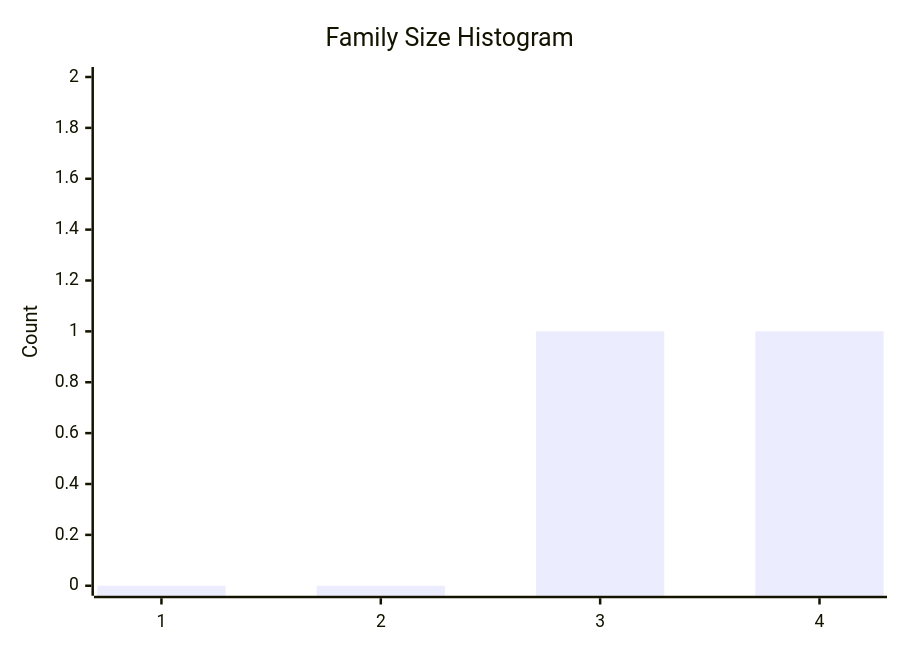
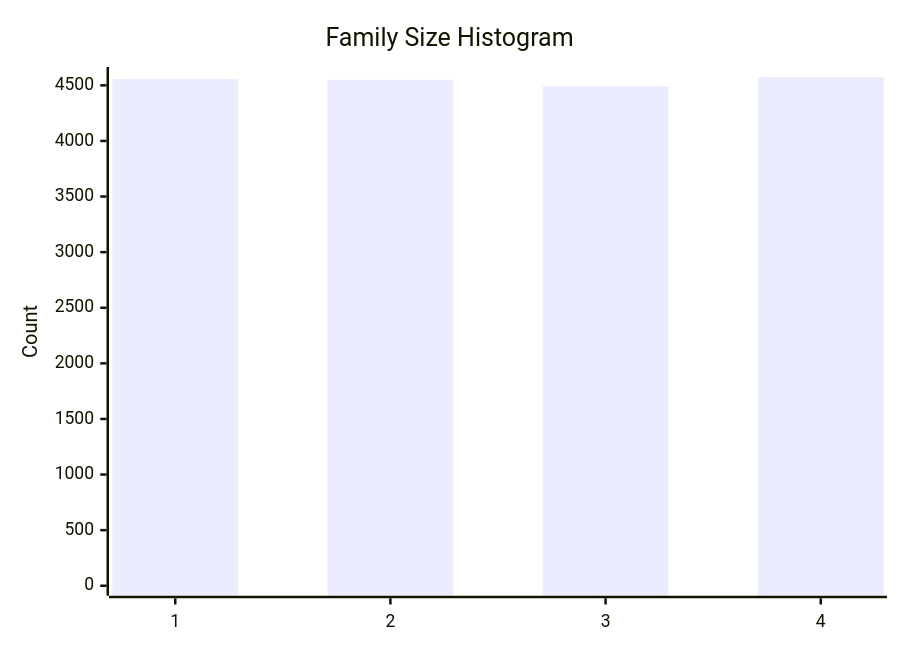
Before and after one commit to dhagan-va/intern-2025: the fifth of 10 diagrams in test-tools/DataGen/src/Statistics_Visualizer.md, drawn with Mermaid. The commit also changed other lines of this file and 2 other files, not shown here.

````diff
--- a/test-tools/DataGen/src/Statistics_Visualizer.md
+++ b/test-tools/DataGen/src/Statistics_Visualizer.md
@@ -57,7 +57,7 @@
 ```mermaid
 xychart-beta
     title "Family Size Histogram"
     x-axis ["1", "2", "3", "4"]
-    y-axis "Count" 0 --> 2
-    bar [0, 0, 1, 1]
+    y-axis "Count" 0 --> 4575
+    bar [4558, 4550, 4492, 4574]
 ```
````
